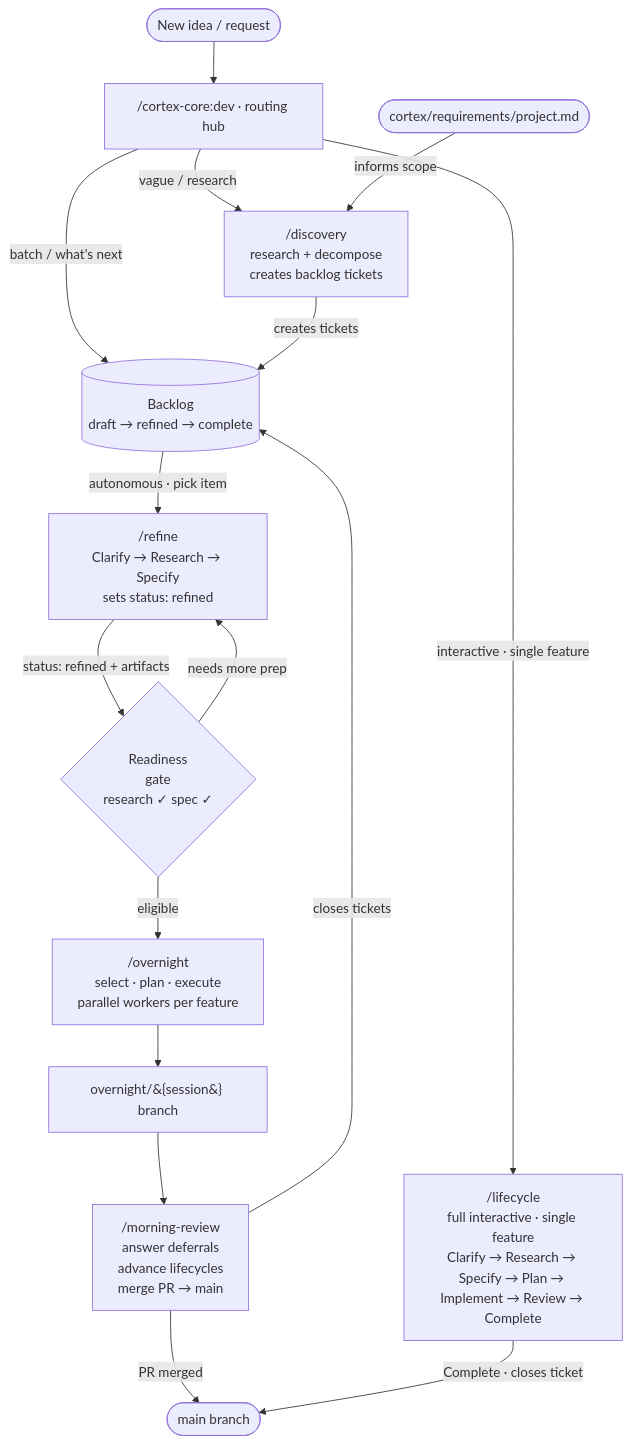
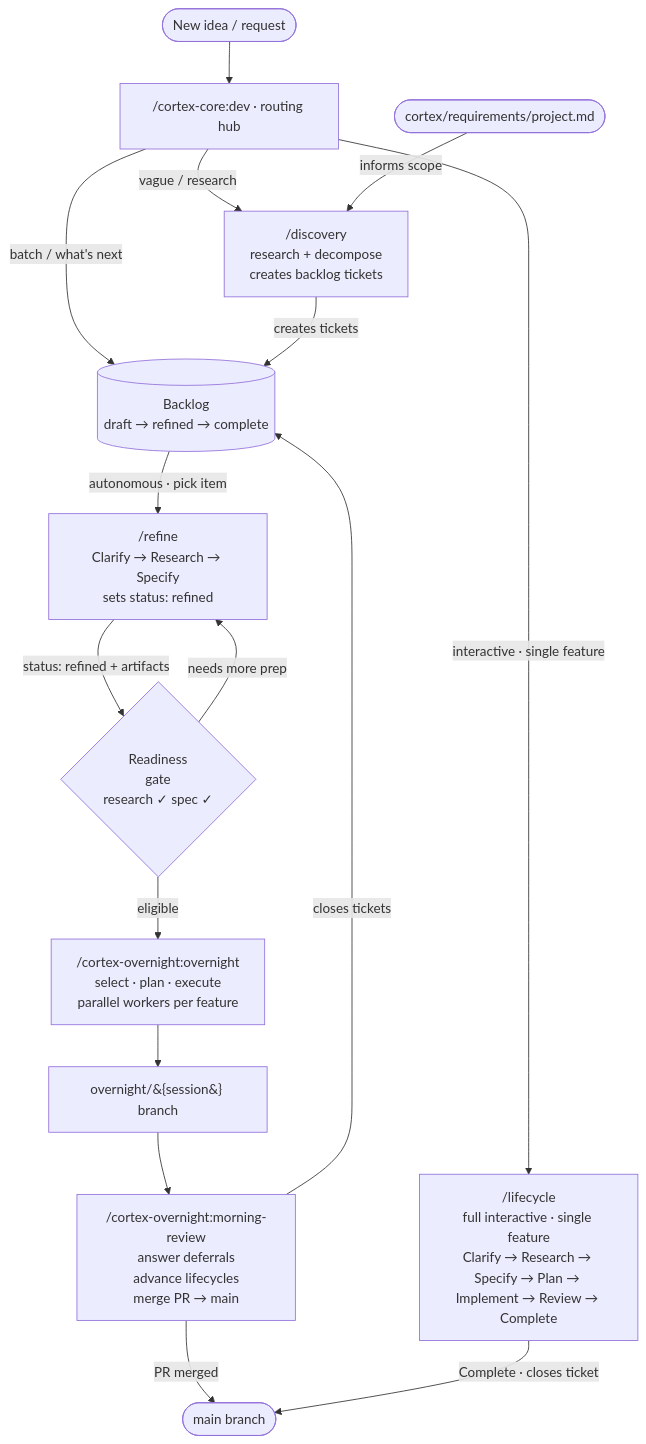
The diagram in docs/agentic-layer.md (charleshall888/cortex-command), drawn with Mermaid before and after one commit. The commit also changed other lines of this file and 44 other files, not shown here.

````diff
--- a/docs/agentic-layer.md
+++ b/docs/agentic-layer.md
@@ -27,41 +27,41 @@
 ```mermaid
 graph TD
     START([New idea / request])
     DEV["/cortex-core:dev · routing hub"]
 
     LC["/lifecycle\nfull interactive · single feature\nClarify → Research → Specify → Plan → Implement → Review → Complete"]
     DISC["/discovery\nresearch + decompose\ncreates backlog tickets"]
     BACKLOG[("Backlog<br/>draft → refined → complete")]
     REQ([cortex/requirements/project.md])
 
     REFINE["/refine\nClarify → Research → Specify\nsets status: refined"]
     GATE{"Readiness\ngate\nresearch ✓  spec ✓"}
 
-    OVN["/overnight\nselect · plan · execute\nparallel workers per feature"]
+    OVN["/cortex-overnight:overnight\nselect · plan · execute\nparallel workers per feature"]
     INTBR["overnight/&#123;session&#125; branch"]
 
-    MR["/morning-review\nanswer deferrals\nadvance lifecycles\nmerge PR → main"]
+    MR["/cortex-overnight:morning-review\nanswer deferrals\nadvance lifecycles\nmerge PR → main"]
 
     MAIN([main branch])
 
     START --> DEV
     DEV -->|"interactive · single feature"| LC
     DEV -->|"vague / research"| DISC
     DEV -->|"batch / what's next"| BACKLOG
 
     DISC -->|"creates tickets"| BACKLOG
 
     REQ -->|"informs scope"| DISC
 
     BACKLOG -->|"autonomous · pick item"| REFINE
     REFINE -->|"status: refined + artifacts"| GATE
     GATE -->|"eligible"| OVN
     GATE -->|"needs more prep"| REFINE
 
     OVN --> INTBR
     INTBR --> MR
     MR -->|"PR merged"| MAIN
     MR -->|"closes tickets"| BACKLOG
 
     LC -->|"Complete · closes ticket"| MAIN
 ```
````
